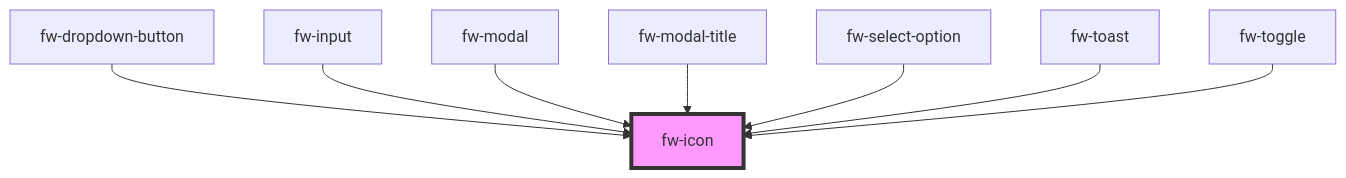
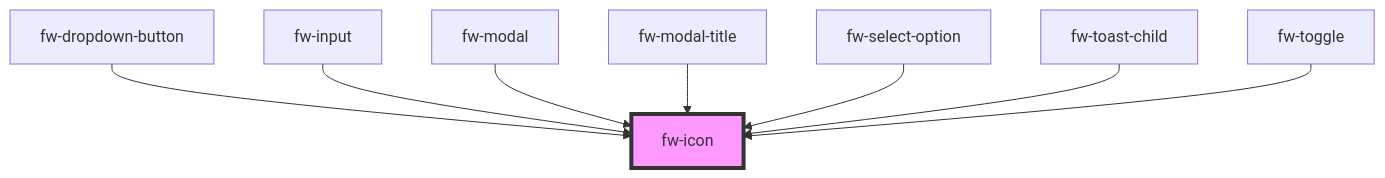
The diagram in packages/crayons-core/src/components/icon/readme.md (freshworks/crayons), drawn with Mermaid before and after one commit. The commit also changed other lines of this file and 22 other files, not shown here.

````diff
--- a/packages/crayons-core/src/components/icon/readme.md
+++ b/packages/crayons-core/src/components/icon/readme.md
@@ -46,11 +46,11 @@
 ```mermaid
 graph TD;
   fw-dropdown-button --> fw-icon
   fw-input --> fw-icon
   fw-modal --> fw-icon
   fw-modal-title --> fw-icon
   fw-select-option --> fw-icon
-  fw-toast --> fw-icon
+  fw-toast-child --> fw-icon
   fw-toggle --> fw-icon
   style fw-icon fill:#f9f,stroke:#333,stroke-width:4px
 ```
````
